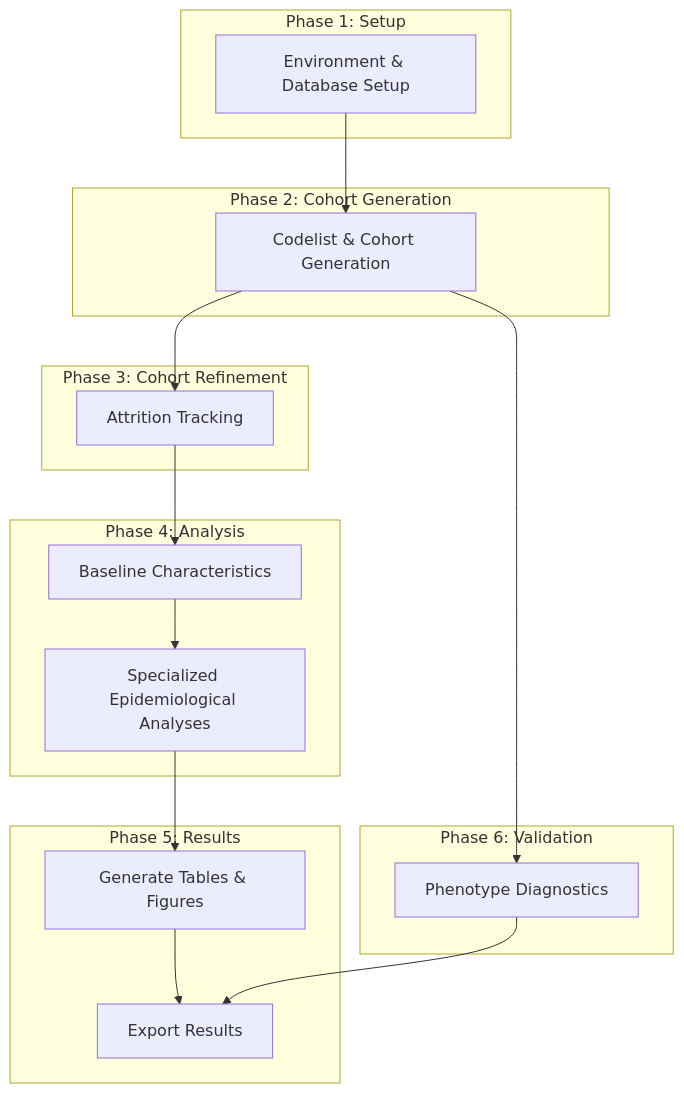
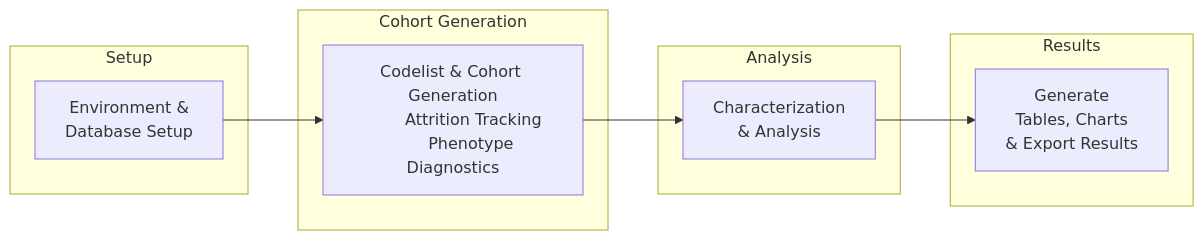
Before and after one commit to iomedhealth/OMOPAnalyticsGuide: the diagram in docs/data_analysis/performing_analysis.md, drawn with Mermaid. The commit also changed other lines of this file and 82 other files, not shown here.

````diff
--- a/docs/data_analysis/performing_analysis.md
+++ b/docs/data_analysis/performing_analysis.md
@@ -15,29 +17,31 @@
 ```mermaid
-graph TD
-    subgraph "Phase 1: Setup"
-        A[Environment & Database Setup]
+flowchart LR
+    subgraph "Setup"
+        A[Environment &
+        Database Setup]
+
     end
 
-    subgraph "Phase 2: Cohort Generation"
-        A --> C[Codelist & Cohort Generation]
+    subgraph "Cohort Generation"
+        B["Codelist & Cohort Generation
+        Attrition Tracking
+        Phenotype Diagnostics
+        "]
+
     end
 
-    subgraph "Phase 3: Cohort Refinement"
-        C --> E[Attrition Tracking]
+    subgraph "Analysis"
+        C["Characterization
+        & Analysis"]
+
     end
 
-    subgraph "Phase 4: Analysis"
-        E --> F[Baseline Characteristics]
-        F --> G[Specialized Epidemiological Analyses]
+    subgraph "Results"
+        D["Generate
+        Tables, Charts
+        & Export Results"]
+
     end
 
-    subgraph "Phase 5: Results"
-        G --> H[Generate Tables & Figures]
-        H --> I[Export Results]
-    end
-
-    subgraph "Phase 6: Validation"
-        C --> J[Phenotype Diagnostics]
-        J --> I
-    end
+    A --> B --> C --> D
 ```
````
